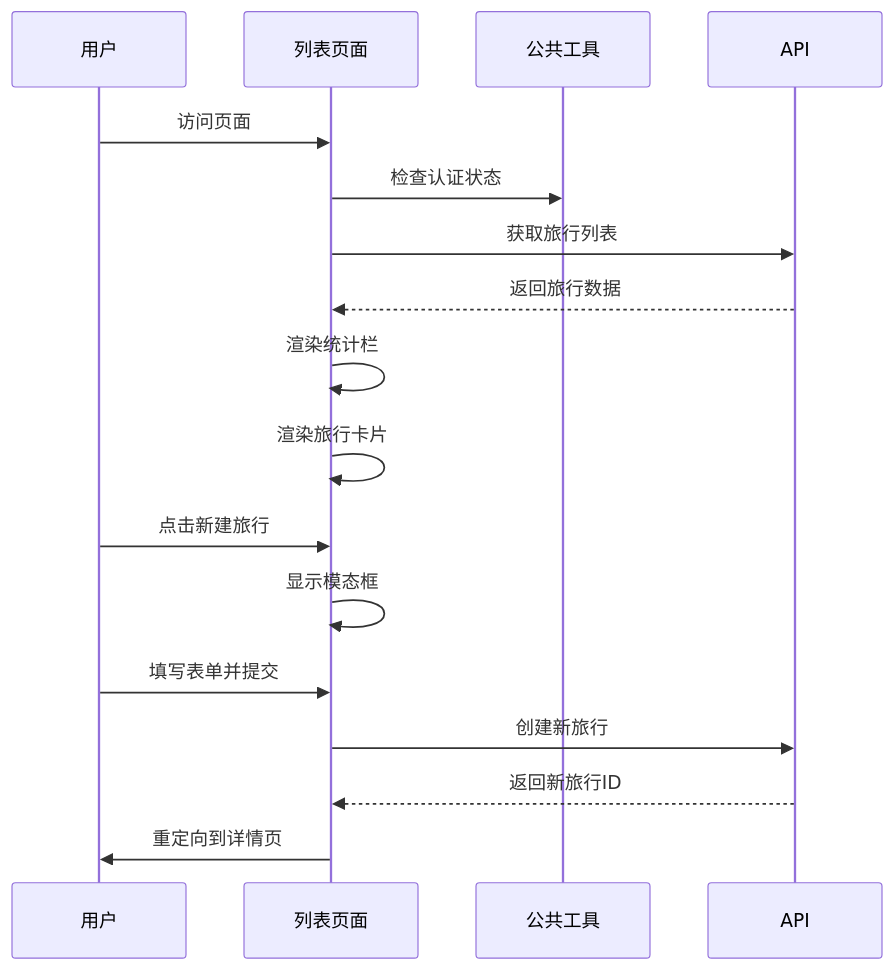
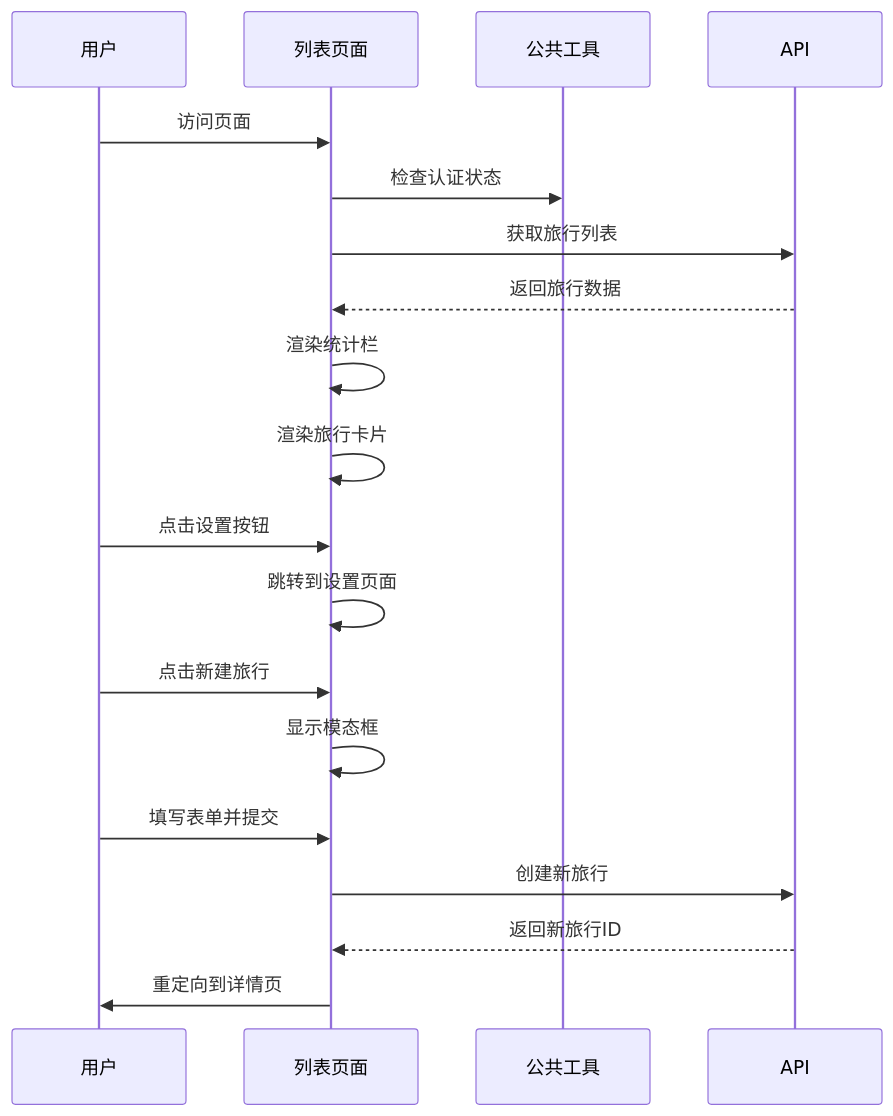
Before and after one commit to louyinmin/recorded: the ninth of 17 diagrams in .qoder/repowiki/zh/content/前端页面详解/前端页面详解.md, drawn with Mermaid. The commit also changed other lines of this file and 6 other files, not shown here.

````diff
--- a/.qoder/repowiki/zh/content/前端页面详解/前端页面详解.md
+++ b/.qoder/repowiki/zh/content/前端页面详解/前端页面详解.md
@@ -336,19 +366,21 @@
 ```mermaid
 sequenceDiagram
 participant U as 用户
 participant T as 列表页面
 participant C as 公共工具
 participant A as API
 U->>T : 访问页面
 T->>C : 检查认证状态
 T->>A : 获取旅行列表
 A-->>T : 返回旅行数据
 T->>T : 渲染统计栏
 T->>T : 渲染旅行卡片
+U->>T : 点击设置按钮
+T->>T : 跳转到设置页面
 U->>T : 点击新建旅行
 T->>T : 显示模态框
 U->>T : 填写表单并提交
 T->>A : 创建新旅行
 A-->>T : 返回新旅行ID
 T->>U : 重定向到详情页
 ```
````
